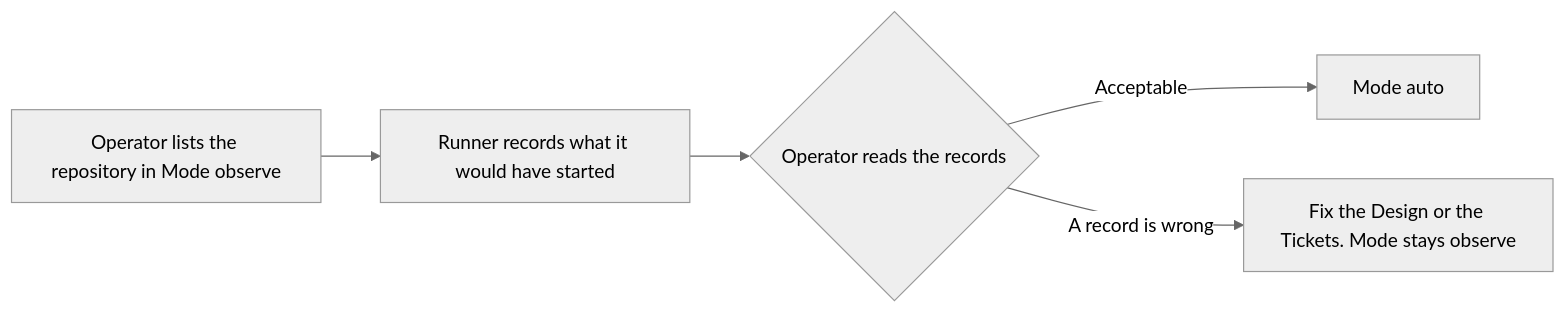
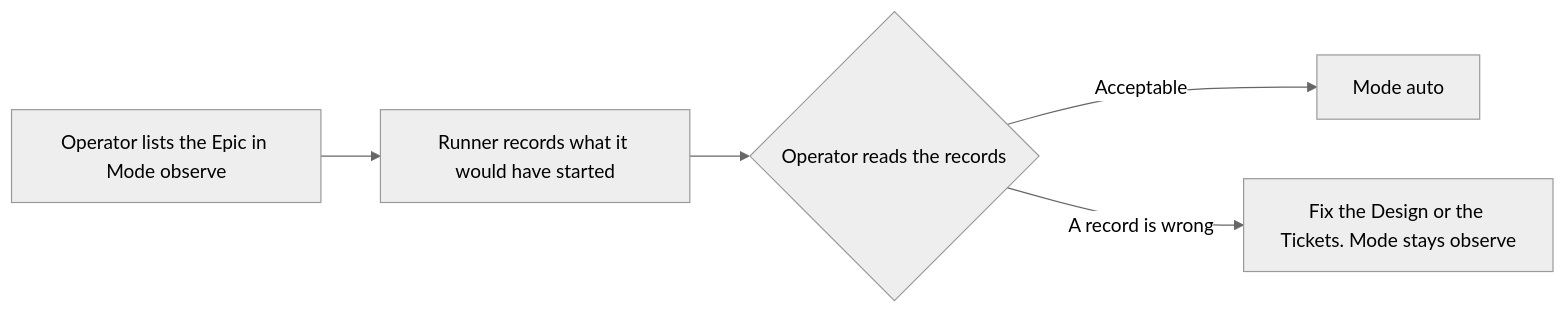
The sixth of 6 diagrams in docs/design/development-pipeline.md (maro114510/skills), drawn with Mermaid (neutral theme) before and after one commit. The commit also changed other lines of this file and 1 other file, not shown here.

First line of the commit message:
docs(design): make the Runner synchronous and list Epics instead of repositories

````diff
--- a/docs/design/development-pipeline.md
+++ b/docs/design/development-pipeline.md
@@ -174,7 +181,7 @@
 ```mermaid
 flowchart LR
-    L[Operator lists the repository in Mode observe] --> W[Runner records what it would have started]
+    L[Operator lists the Epic in Mode observe] --> W[Runner records what it would have started]
     W --> D{Operator reads the records}
     D -->|Acceptable| A[Mode auto]
     D -->|A record is wrong| F[Fix the Design or the Tickets. Mode stays observe]
 ```
````
